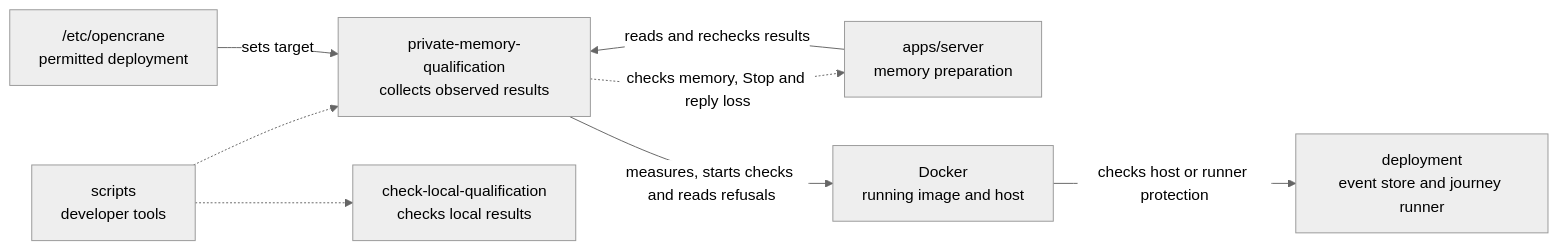
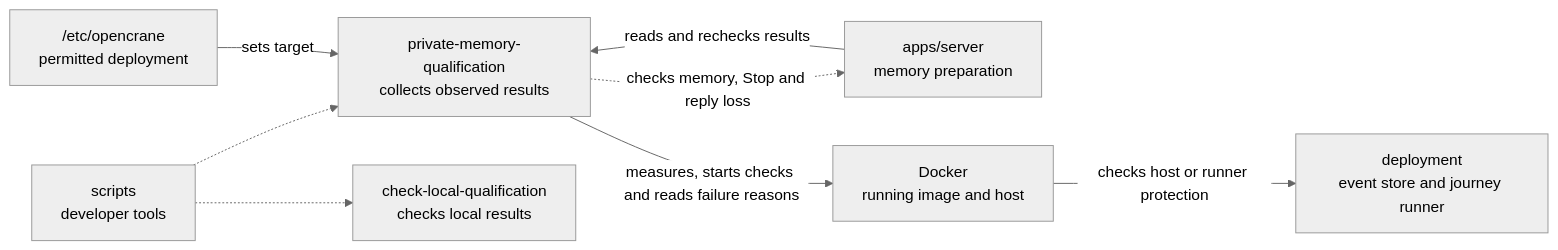
Before and after one commit to elewa-git/opencrane-new: the diagram in scripts/private-memory-qualification/README.md, drawn with Mermaid (neutral theme). The commit also changed other lines of this file and 16 other files, not shown here.

````diff
--- a/scripts/private-memory-qualification/README.md
+++ b/scripts/private-memory-qualification/README.md
@@ -18,10 +18,10 @@
 ```mermaid
 flowchart LR
   scripts["scripts<br/>developer tools"] -.-> collector["private-memory-qualification<br/>collects observed results"]
   scripts -.-> sibling["check-local-qualification<br/>checks local results"]
   server["apps/server<br/>memory preparation"] -->|reads and rechecks results| collector
   collector -.->|checks memory, Stop and reply loss| server
   config["/etc/opencrane<br/>permitted deployment"] -->|sets target| collector
-  collector -->|measures, starts checks and reads refusals| docker["Docker<br/>running image and host"]
+  collector -->|measures, starts checks and reads failure reasons| docker["Docker<br/>running image and host"]
   docker -->|checks host or runner protection| deployment["deployment<br/>event store and journey runner"]
 ```
````
